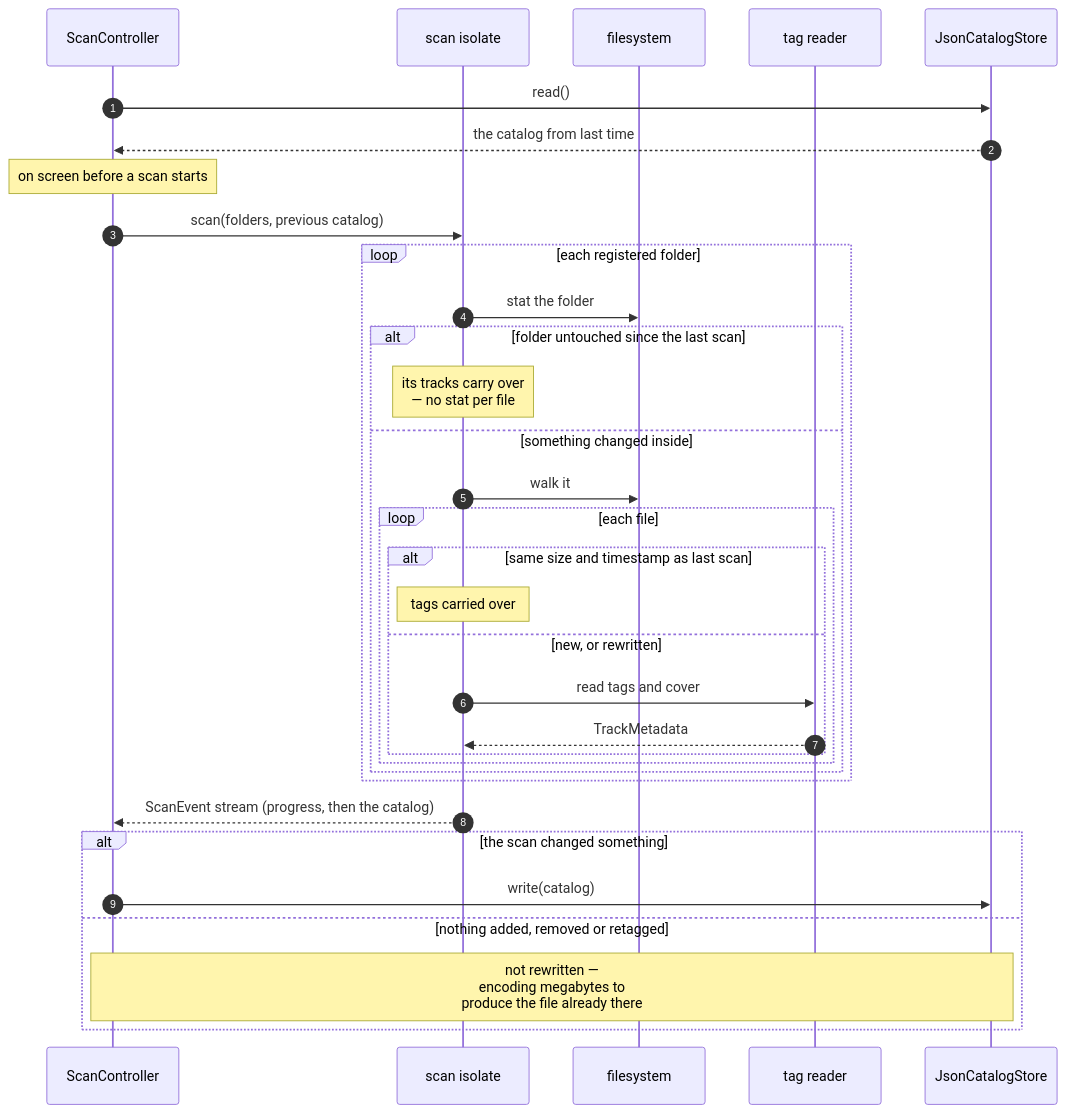
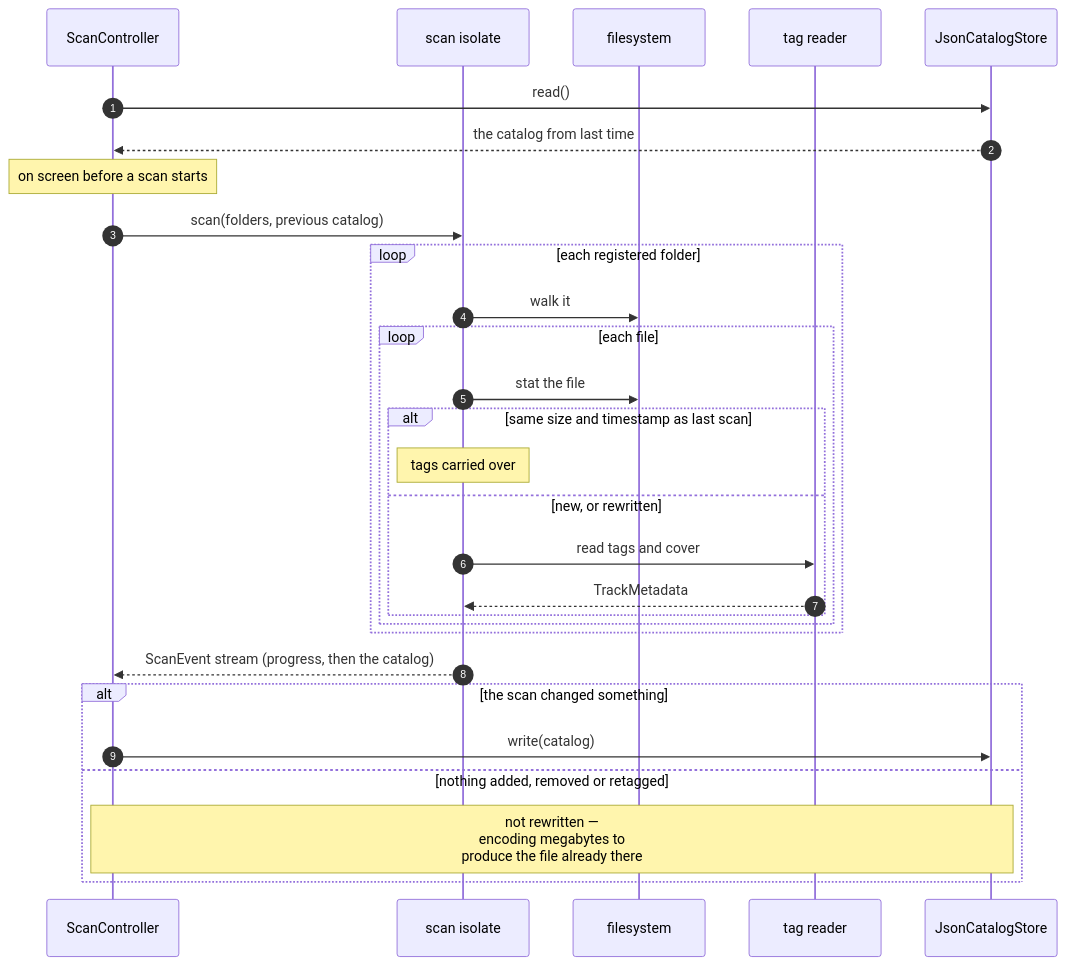
One commit to artur-rios/orpheus changed the diagram in docs/site/content/en/docs/architecture/library.md. Above: the diagram before and after it, drawn with Mermaid. The commit also changed other lines of this file and 6 other files, not shown here.

````diff
--- a/docs/site/content/en/docs/architecture/library.md
+++ b/docs/site/content/en/docs/architecture/library.md
@@ -18,40 +18,36 @@
 ```mermaid
 sequenceDiagram
     autonumber
     participant App as ScanController
     participant Iso as scan isolate
     participant FS as filesystem
     participant Tags as tag reader
     participant Store as JsonCatalogStore
 
     App->>Store: read()
     Store-->>App: the catalog from last time
     Note over App: on screen before a scan starts
 
     App->>Iso: scan(folders, previous catalog)
 
     loop each registered folder
-        Iso->>FS: stat the folder
-        alt folder untouched since the last scan
-            Note over Iso: its tracks carry over<br/>— no stat per file
-        else something changed inside
-            Iso->>FS: walk it
-            loop each file
-                alt same size and timestamp as last scan
-                    Note over Iso: tags carried over
-                else new, or rewritten
-                    Iso->>Tags: read tags and cover
-                    Tags-->>Iso: TrackMetadata
-                end
+        Iso->>FS: walk it
+        loop each file
+            Iso->>FS: stat the file
+            alt same size and timestamp as last scan
+                Note over Iso: tags carried over
+            else new, or rewritten
+                Iso->>Tags: read tags and cover
+                Tags-->>Iso: TrackMetadata
             end
         end
     end
 
     Iso-->>App: ScanEvent stream (progress, then the catalog)
 
     alt the scan changed something
         App->>Store: write(catalog)
     else nothing added, removed or retagged
         Note over App,Store: not rewritten —<br/>encoding megabytes to<br/>produce the file already there
     end
 ```
````
